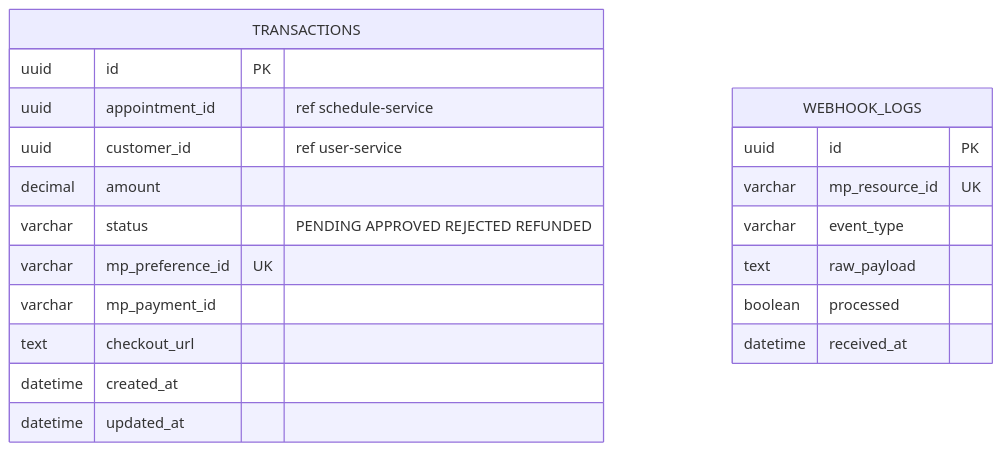
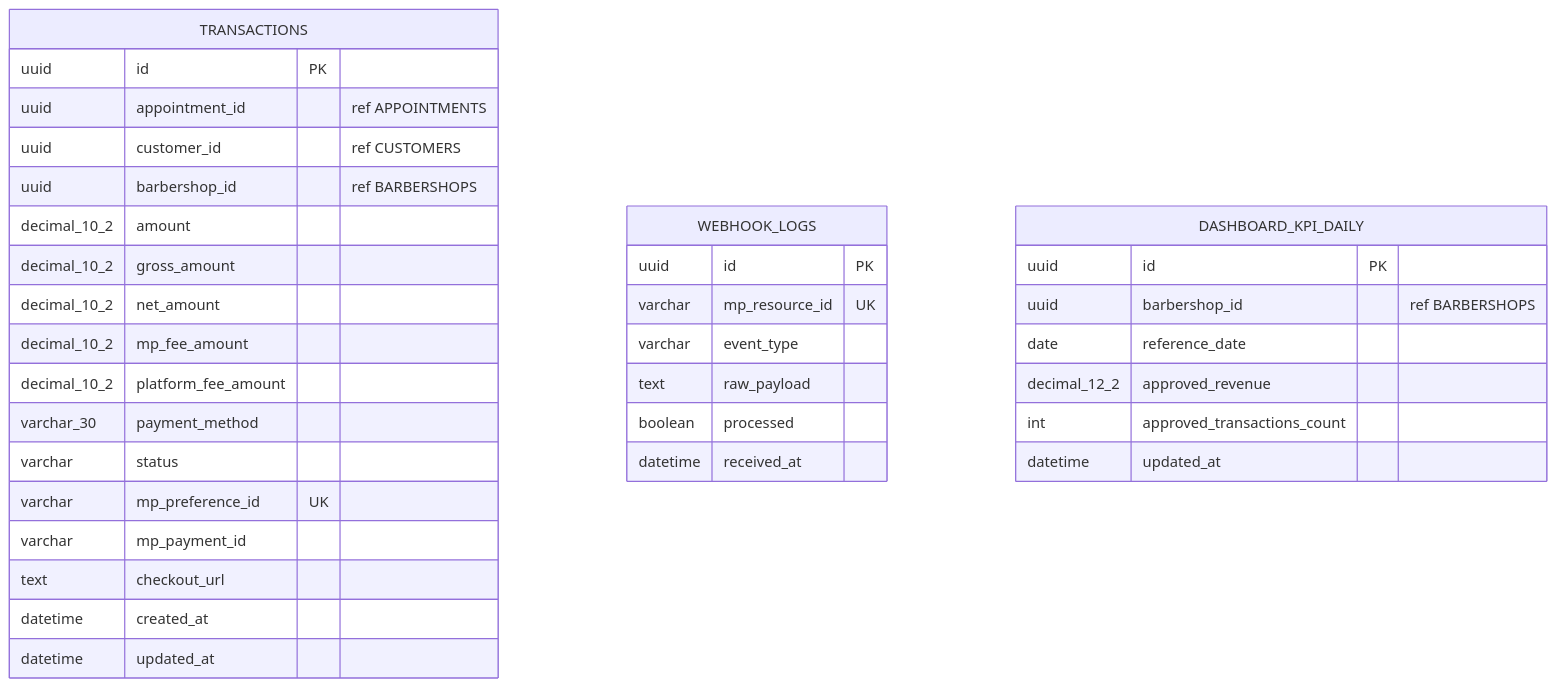
One commit to Luis-Barbershop/Arquitetura_completa changed the fourth of 6 diagrams in documentacao/der.md. Above: the diagram before and after it, drawn with Mermaid. The commit also changed other lines of this file and 4 other files, not shown here.

````diff
--- a/documentacao/der.md
+++ b/documentacao/der.md
@@ -141,23 +224,39 @@
 ```mermaid
 erDiagram
     TRANSACTIONS {
         uuid id PK
-        uuid appointment_id "ref schedule-service"
-        uuid customer_id "ref user-service"
-        decimal amount
-        varchar status "PENDING APPROVED REJECTED REFUNDED"
+        uuid appointment_id "ref APPOINTMENTS"
+        uuid customer_id "ref CUSTOMERS"
+        uuid barbershop_id "ref BARBERSHOPS"
+        decimal_10_2 amount
+        decimal_10_2 gross_amount
+        decimal_10_2 net_amount
+        decimal_10_2 mp_fee_amount
+        decimal_10_2 platform_fee_amount
+        varchar_30 payment_method
+        varchar status
         varchar mp_preference_id UK
         varchar mp_payment_id
         text checkout_url
         datetime created_at
         datetime updated_at
     }
+
     WEBHOOK_LOGS {
         uuid id PK
         varchar mp_resource_id UK
         varchar event_type
         text raw_payload
         boolean processed
         datetime received_at
     }
+
+    DASHBOARD_KPI_DAILY {
+        uuid id PK
+        uuid barbershop_id "ref BARBERSHOPS"
+        date reference_date
+        decimal_12_2 approved_revenue
+        int approved_transactions_count
+        datetime updated_at
+    }
 ```
````
